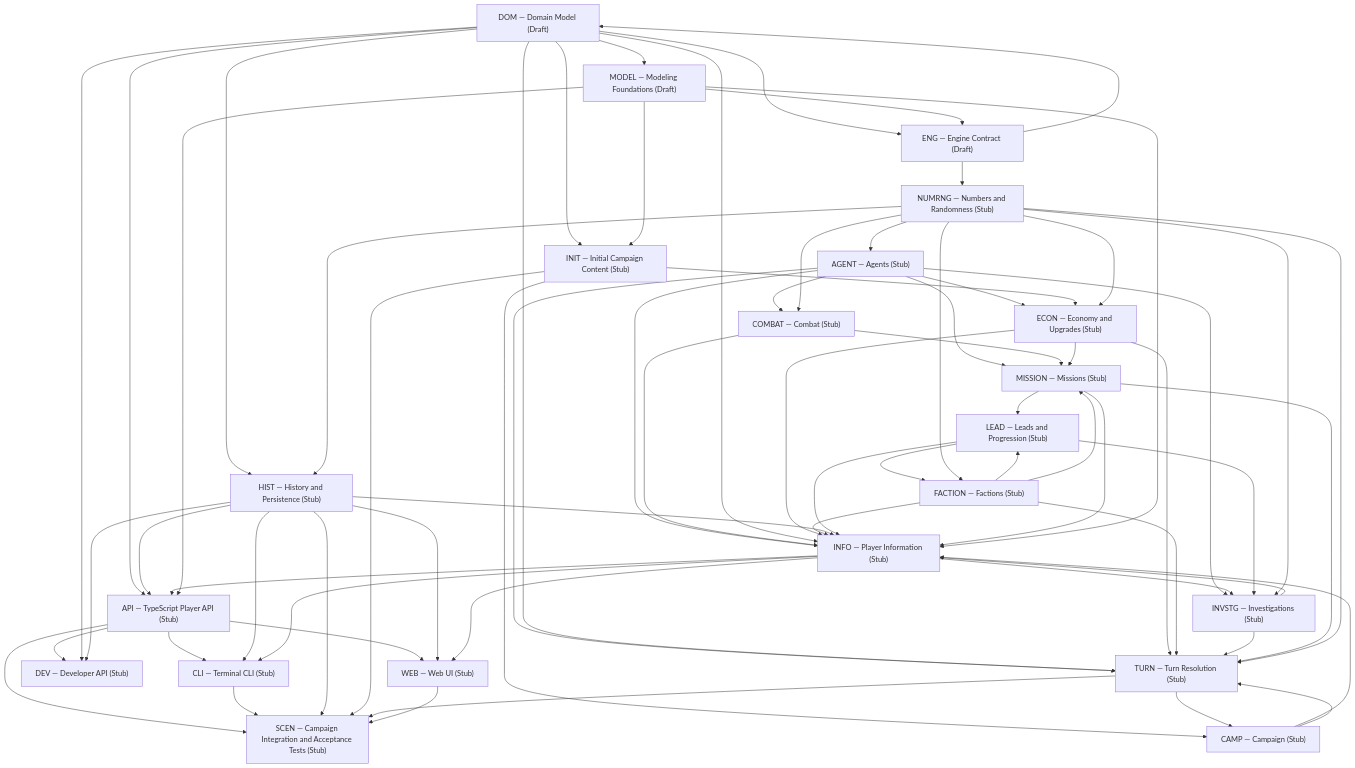
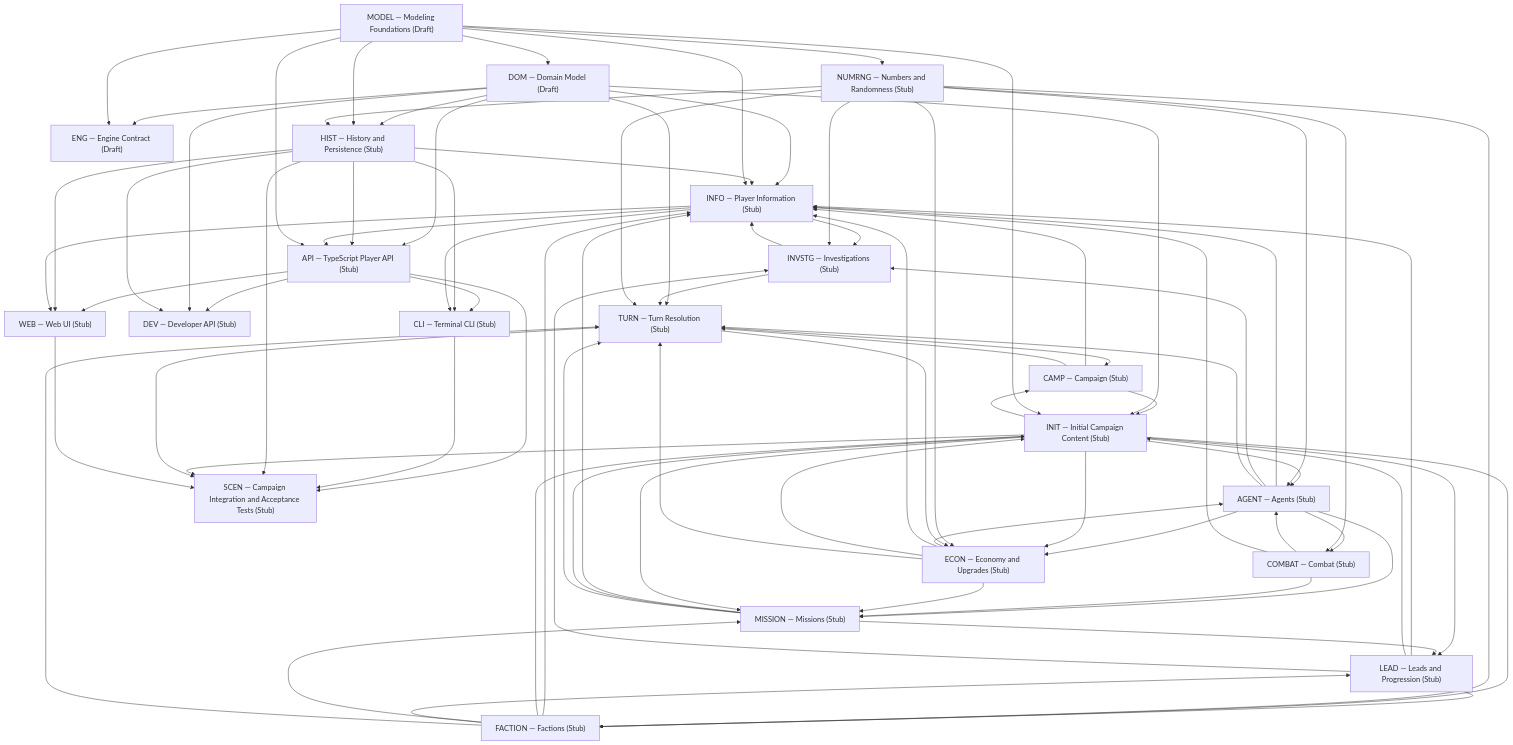
Before and after one commit to konrad-jamrozik/game-v5: the first of 2 diagrams in docs/derived/relationships/uses.md, drawn with Mermaid. The commit also changed 28 other files, not shown here.

````diff
--- a/docs/derived/relationships/uses.md
+++ b/docs/derived/relationships/uses.md
@@ -44,8 +44,10 @@
   API --> SCEN
   API --> WEB
   CAMP --> INFO
+  CAMP --> INIT
   CAMP --> TURN
   CLI --> SCEN
+  COMBAT --> AGENT
   COMBAT --> INFO
   COMBAT --> MISSION
   DOM --> API
@@ -54,14 +56,14 @@
   DOM --> HIST
   DOM --> INFO
   DOM --> INIT
-  DOM --> MODEL
   DOM --> TURN
+  ECON --> AGENT
   ECON --> INFO
+  ECON --> INIT
   ECON --> MISSION
   ECON --> TURN
-  ENG --> DOM
-  ENG --> NUMRNG
   FACTION --> INFO
+  FACTION --> INIT
   FACTION --> LEAD
   FACTION --> MISSION
   FACTION --> TURN
@@ -75,21 +77,30 @@
   INFO --> CLI
   INFO --> INVSTG
   INFO --> WEB
+  INIT --> AGENT
   INIT --> CAMP
   INIT --> ECON
+  INIT --> FACTION
+  INIT --> LEAD
+  INIT --> MISSION
   INIT --> SCEN
   INVSTG --> INFO
   INVSTG --> TURN
   LEAD --> FACTION
   LEAD --> INFO
+  LEAD --> INIT
   LEAD --> INVSTG
   MISSION --> INFO
+  MISSION --> INIT
   MISSION --> LEAD
   MISSION --> TURN
   MODEL --> API
+  MODEL --> DOM
   MODEL --> ENG
+  MODEL --> HIST
   MODEL --> INFO
   MODEL --> INIT
+  MODEL --> NUMRNG
   NUMRNG --> AGENT
   NUMRNG --> COMBAT
   NUMRNG --> ECON
@@ -98,6 +109,7 @@
   NUMRNG --> INVSTG
   NUMRNG --> TURN
   TURN --> CAMP
+  TURN --> ECON
   TURN --> SCEN
   WEB --> SCEN
 ```
````
